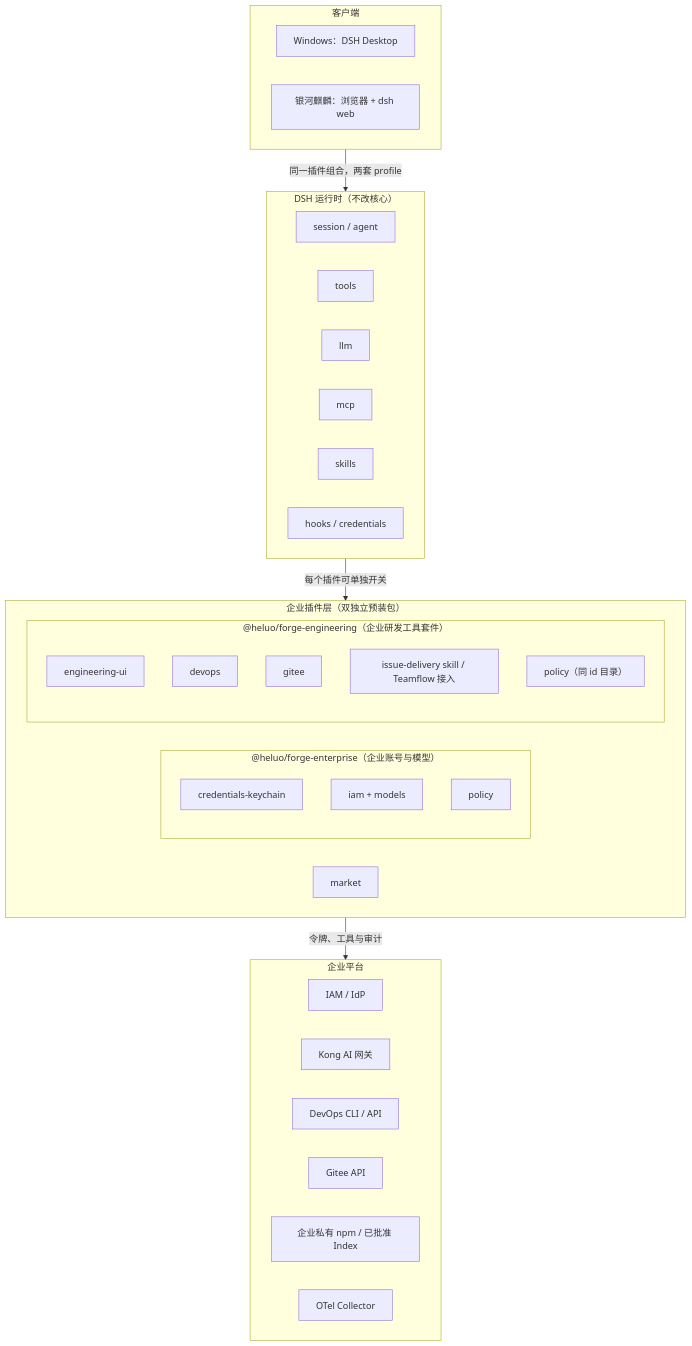
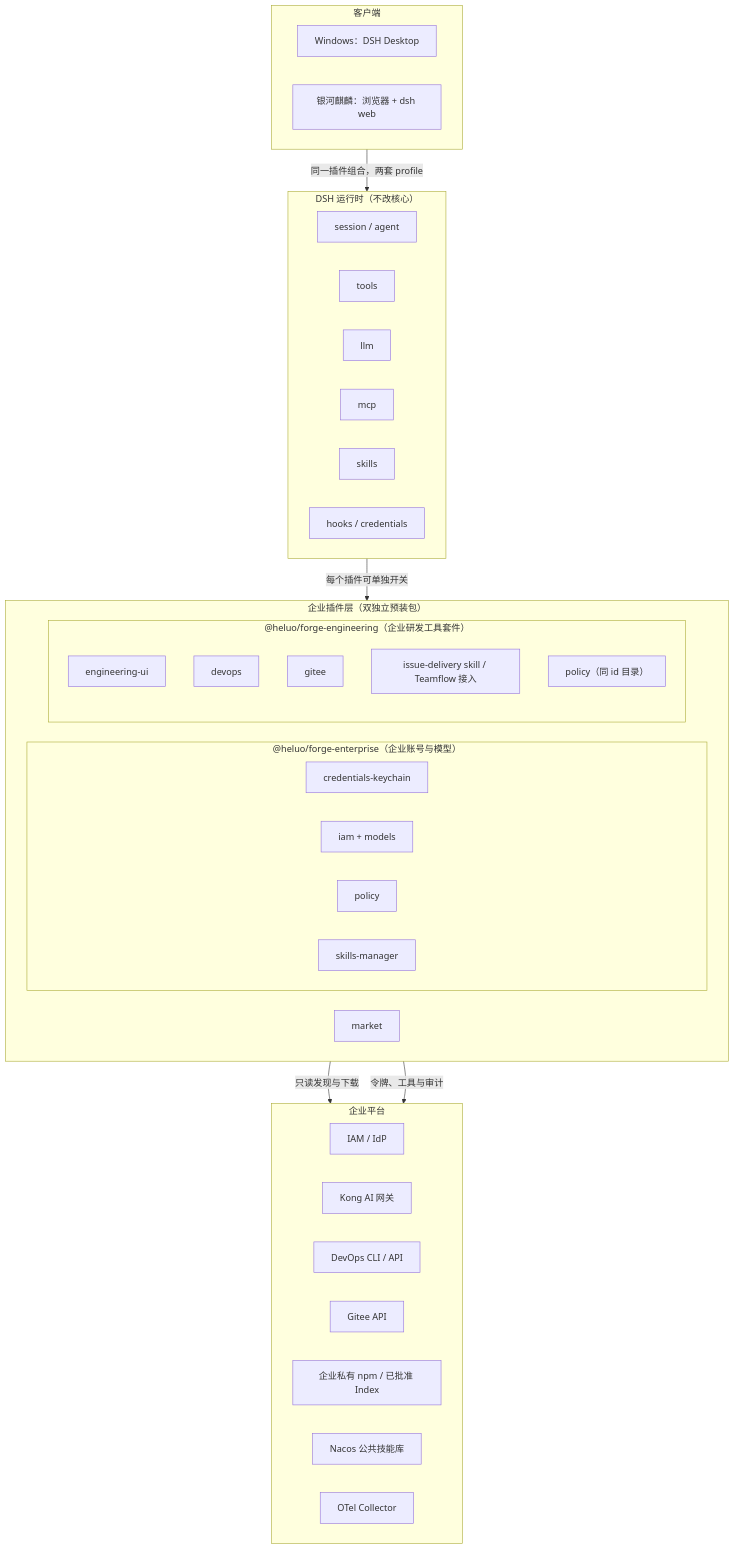
Before and after one commit to hrygo/heluo-forge: the second of 2 diagrams in docs/architecture/platform-architecture.md, drawn with Mermaid. The commit also changed other lines of this file and 7 other files, not shown here.

````diff
--- a/docs/architecture/platform-architecture.md
+++ b/docs/architecture/platform-architecture.md
@@ -146,45 +146,48 @@
 ```mermaid
 flowchart TB
   subgraph C["客户端"]
     direction LR
     W["Windows：DSH Desktop"]
     K["银河麒麟：浏览器 + dsh web"]
   end
   subgraph R["DSH 运行时（不改核心）"]
     direction LR
     A["session / agent"]
     T["tools"]
     L["llm"]
     M["mcp"]
     S["skills"]
     H["hooks / credentials"]
   end
   subgraph P["企业插件层（双独立预装包）"]
     direction LR
     subgraph PE["@heluo/forge-enterprise（企业账号与模型）"]
       KEY["credentials-keychain"]
       IAM["iam + models"]
       POL1["policy"]
+      SMAN["skills-manager"]
     end
     subgraph PENG["@heluo/forge-engineering（企业研发工具套件）"]
       ENGUI["engineering-ui"]
       DEV["devops"]
       GIT["gitee"]
       FLOW["issue-delivery skill / Teamflow 接入"]
       POL2["policy（同 id 目录）"]
     end
     MKT["market"]
   end
   subgraph PL["企业平台"]
     direction LR
     IDP["IAM / IdP"]
     KONG["Kong AI 网关"]
     DAPI["DevOps CLI / API"]
     GAPI["Gitee API"]
     REG["企业私有 npm / 已批准 Index"]
+    NACOS["Nacos 公共技能库"]
     OT["OTel Collector"]
   end
   C -->|"同一插件组合，两套 profile"| R
   R -->|"每个插件可单独开关"| P
   P -->|"令牌、工具与审计"| PL
+  SMAN -->|"只读发现与下载"| NACOS
 ```
````
